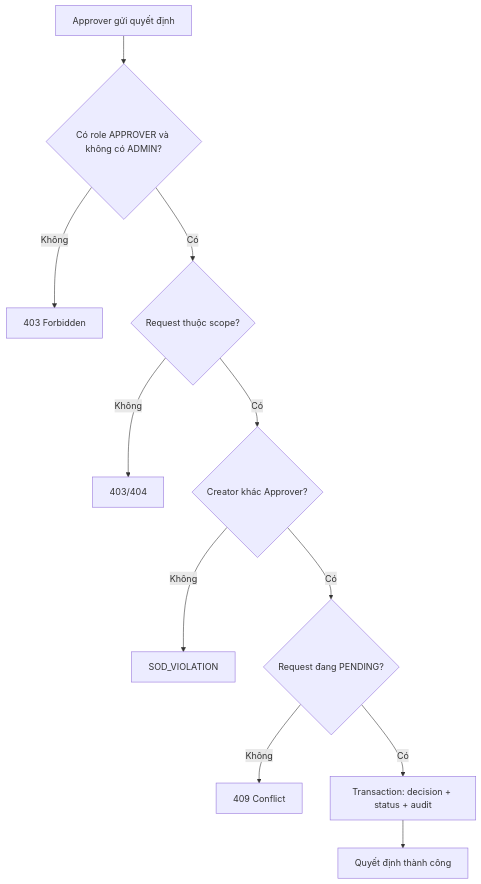
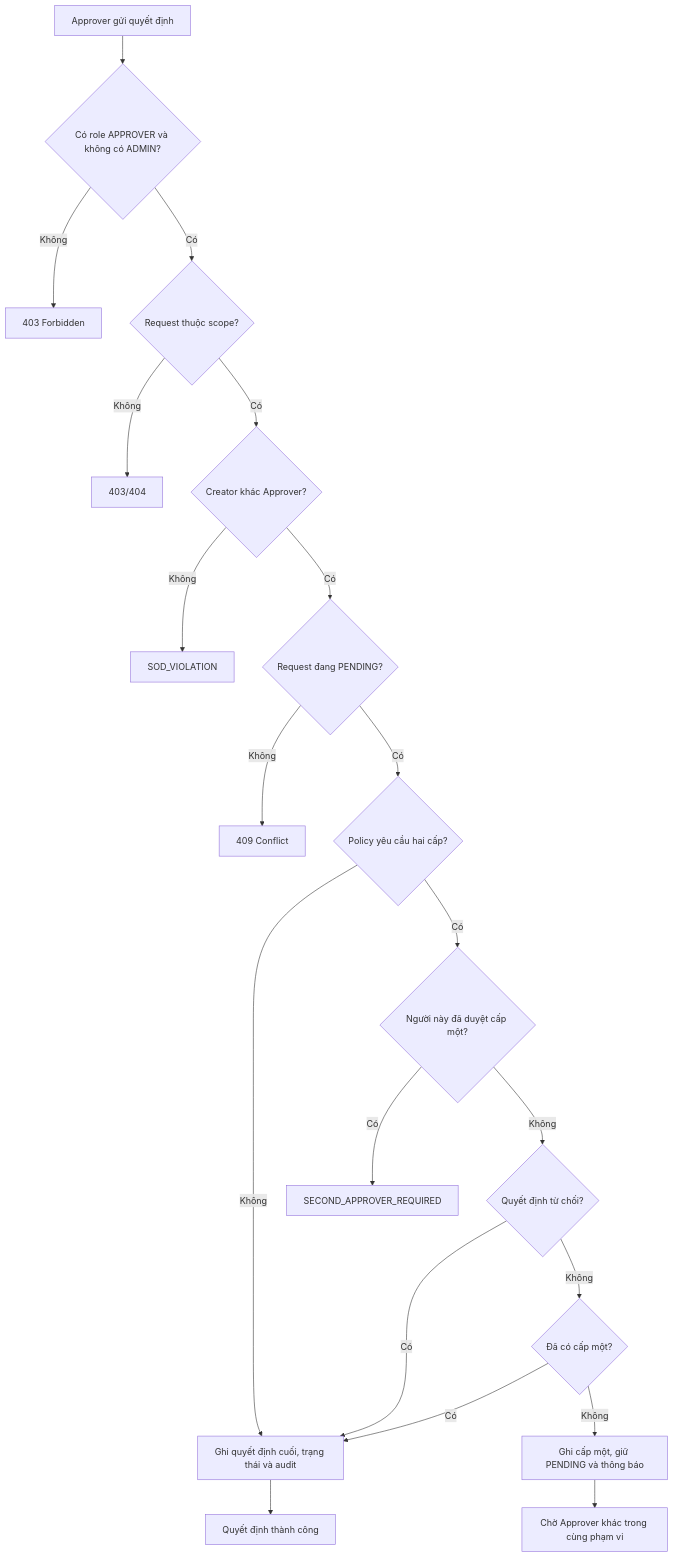
One commit to Eyblcat12/Cryta changed the sixth of 9 diagrams in 01_luong_hoat_dong_he_thong.md. Above: the diagram before and after it, drawn with Mermaid. The commit also changed other lines of this file and 11 other files, not shown here.

Commit message:
docs(handoff): refresh demo and architecture for schema 027

````diff
--- a/01_luong_hoat_dong_he_thong.md
+++ b/01_luong_hoat_dong_he_thong.md
@@ -225,13 +225,22 @@
 ```mermaid
 flowchart TD
     R["Approver gửi quyết định"] --> P{"Có role APPROVER và không có ADMIN?"}
     P -->|"Không"| E1["403 Forbidden"]
     P -->|"Có"| S{"Request thuộc scope?"}
     S -->|"Không"| E2["403/404"]
     S -->|"Có"| C{"Creator khác Approver?"}
     C -->|"Không"| E3["SOD_VIOLATION"]
     C -->|"Có"| ST{"Request đang PENDING?"}
     ST -->|"Không"| E4["409 Conflict"]
-    ST -->|"Có"| TX["Transaction: decision + status + audit"]
+    ST -->|"Có"| LEVELS{"Policy yêu cầu hai cấp?"}
+    LEVELS -->|"Không"| TX["Ghi quyết định cuối, trạng thái và audit"]
+    LEVELS -->|"Có"| SAME{"Người này đã duyệt cấp một?"}
+    SAME -->|"Có"| E5["SECOND_APPROVER_REQUIRED"]
+    SAME -->|"Không"| REJECT{"Quyết định từ chối?"}
+    REJECT -->|"Có"| TX
+    REJECT -->|"Không"| FIRST{"Đã có cấp một?"}
+    FIRST -->|"Có"| TX
+    FIRST -->|"Không"| PARTIAL["Ghi cấp một, giữ PENDING và thông báo"]
+    PARTIAL --> WAIT["Chờ Approver khác trong cùng phạm vi"]
     TX --> OK["Quyết định thành công"]
 ```
````
